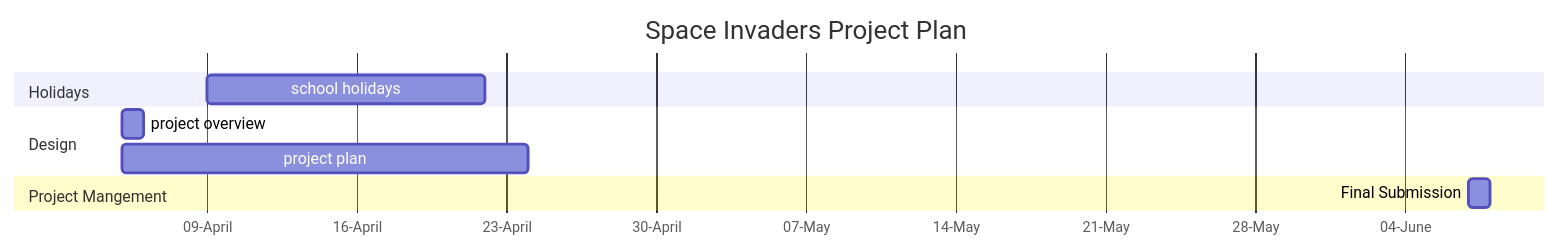
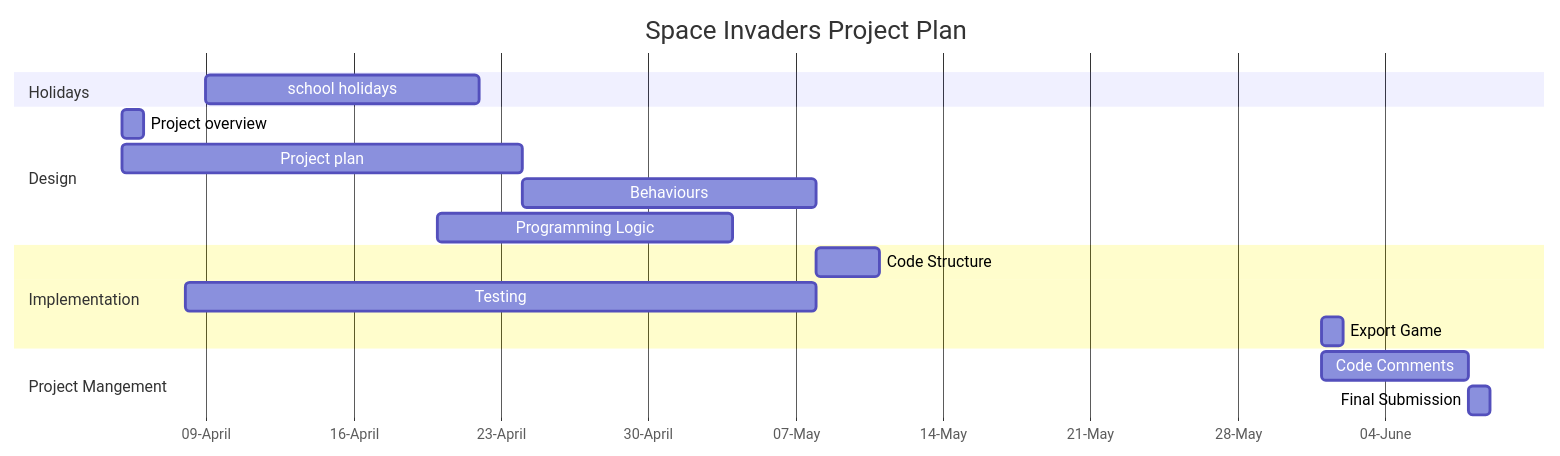
Before and after one commit to 2680910/spac-inHaters: the diagram in design.md, drawn with Mermaid.

````diff
--- a/design.md
+++ b/design.md
@@ -14,17 +14,35 @@
 ```mermaid
 gantt
     title Space Invaders Project Plan
     dateFormat DD-MM-YY
     axisFormat %d-%B
     tickInterval 1week 
 
+   
     section Holidays
     school holidays: 09-04-23, 22-04-23
 
+    
     section Design
-    project overview: 05-04-23, 1d
-    project plan: 05-04-23, 24-04-23 
+    Project overview: 05-04-23, 1d
+    Project plan: 05-04-23, 24-04-23 
+    Behaviours: 24-04-23, 14d 
+    Programming Logic: 20-04-23, 14d
 
+   
+    section Implementation 
+    Code Structure:  08-05-23, 3d
+    Testing: 08-04-23, 30d
+    Export Game: 01-06-23, 1d
+   
+   
+   
     section Project Mangement
-    Final Submission: 07-06-23, 08-06-23
+    Code Comments: 01-06-23, 7d
+    Final Submission: 07-06-23, 08-06-23, 1d 
+
+
+
+
+
 ```
````
